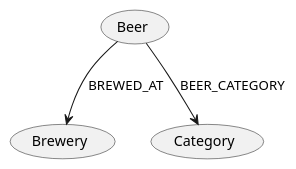
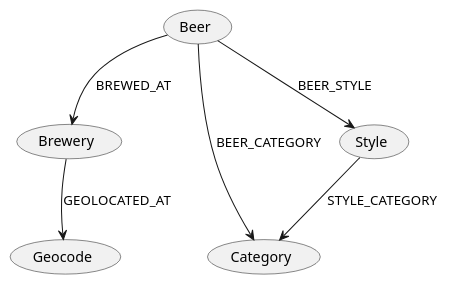
One commit to aicfr/neo4j-openbeerdb changed the diagram in neo4j-openbeerdb.puml. Above: the diagram before and after it, drawn with PlantUML. The commit also changed 1 other file, not shown here.

Commit message:
Update schema

```diff
--- a/neo4j-openbeerdb.puml
+++ b/neo4j-openbeerdb.puml
@@ -1,4 +1,7 @@
 @startuml openbeerdb
 (Beer) --> (Brewery) : BREWED_AT
 (Beer) --> (Category) : BEER_CATEGORY
+(Beer) --> (Style) : BEER_STYLE
+(Style) --> (Category) : STYLE_CATEGORY
+(Brewery) --> (Geocode) : GEOLOCATED_AT
 @enduml
```
